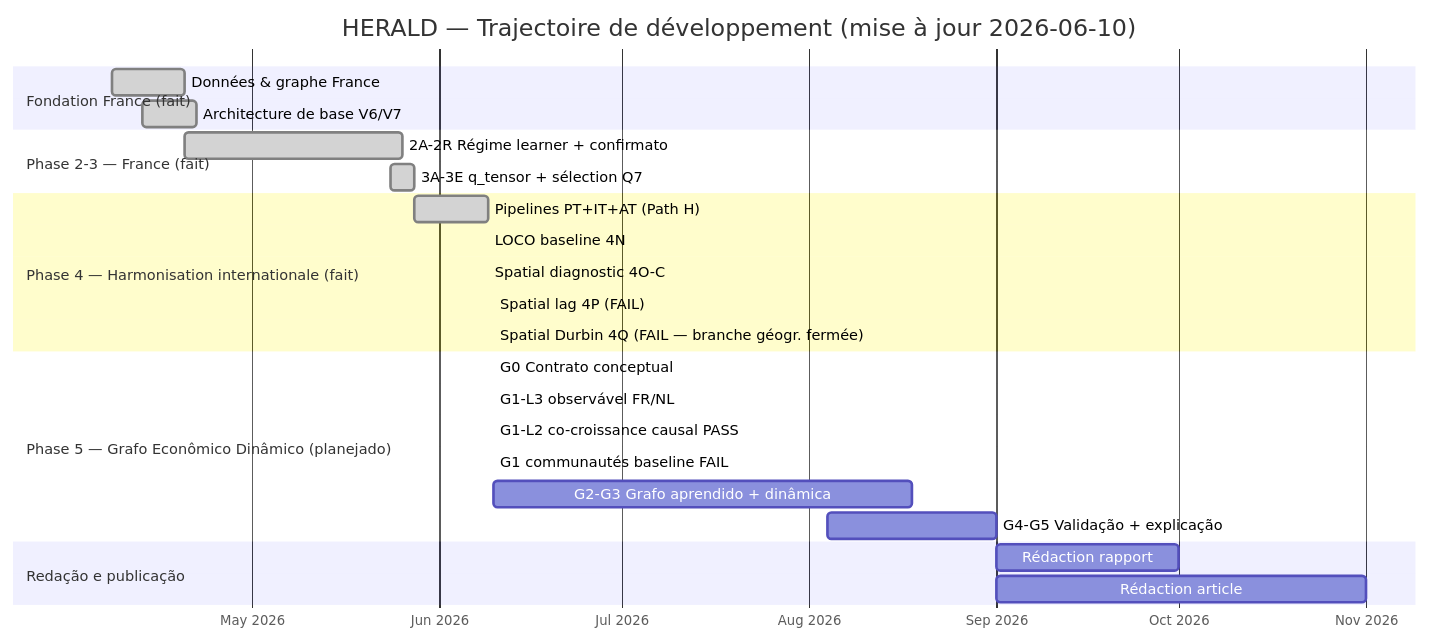
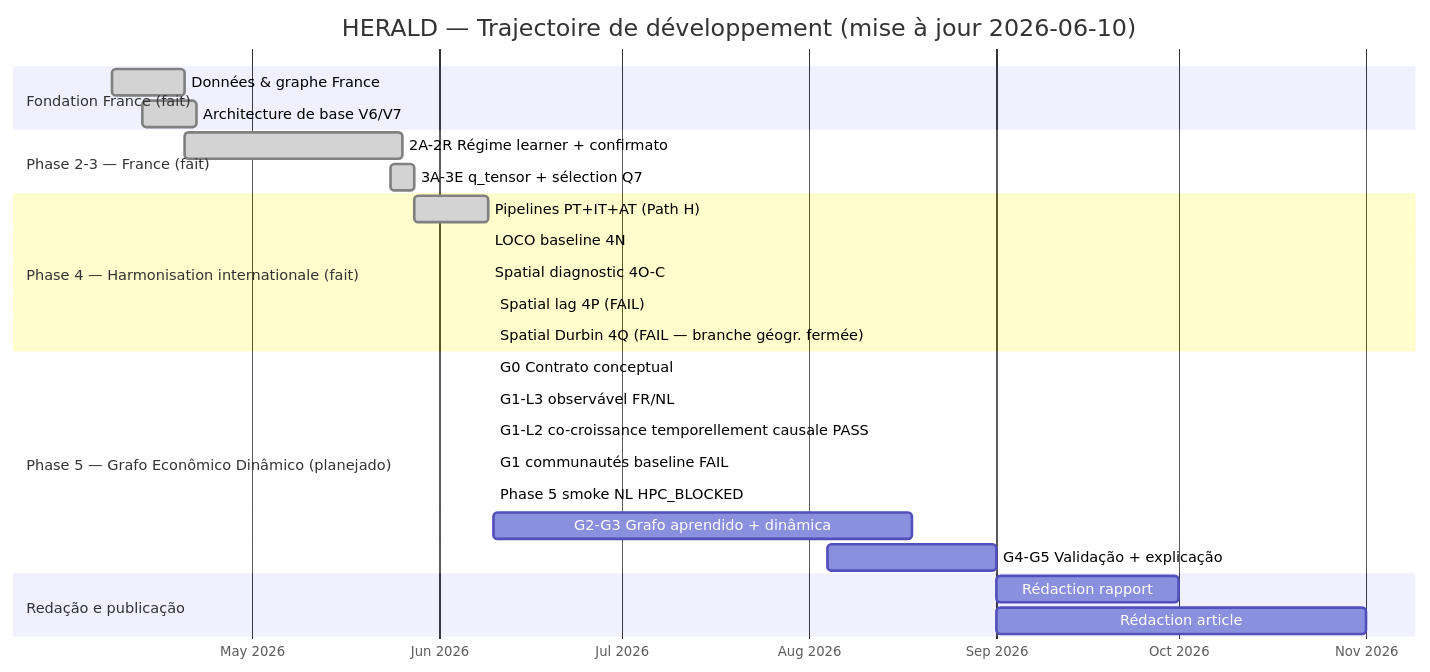
The diagram in README.md (Jpmartinslag/neural-temporal-relational-model), drawn with Mermaid before and after one commit. The commit also changed other lines of this file and 14 other files, not shown here.

First line of the commit message:
phase5: implement local training protocol, smoke test NL → HPC_BLOCKED

````diff
--- a/README.md
+++ b/README.md
@@ -11,33 +11,34 @@
 ```mermaid
 gantt
     title HERALD — Trajectoire de développement (mise à jour 2026-06-10)
     dateFormat  YYYY-MM-DD
     axisFormat  %b %Y
 
     section Fondation France (fait)
     Données & graphe France          :done, found1, 2026-04-08, 2026-04-20
     Architecture de base V6/V7       :done, found2, 2026-04-13, 2026-04-22
 
     section Phase 2-3 — France (fait)
     2A-2R Régime learner + confirmato :done, p2, 2026-04-20, 2026-05-26
     3A-3E q_tensor + sélection Q7     :done, p3, 2026-05-24, 2026-05-28
 
     section Phase 4 — Harmonisation internationale (fait)
     Pipelines PT+IT+AT (Path H)      :done, p4data, 2026-05-28, 2026-06-09
     LOCO baseline 4N                 :done, p4n, 2026-06-09, 2026-06-09
     Spatial diagnostic 4O-C          :done, p4o, 2026-06-09, 2026-06-09
     Spatial lag 4P (FAIL)            :done, p4p, 2026-06-10, 2026-06-10
     Spatial Durbin 4Q (FAIL — branche géogr. fermée) :done, p4q, 2026-06-10, 2026-06-10
 
     section Phase 5 — Grafo Econômico Dinâmico (planejado)
     G0 Contrato conceptual           :done, p5g0, 2026-06-10, 2026-06-10
     G1-L3 observável FR/NL           :done, p5g1a, 2026-06-10, 2026-06-10
-    G1-L2 co-croissance causal PASS  :done, p5g1b, 2026-06-10, 2026-06-10
+    G1-L2 co-croissance temporellement causale PASS  :done, p5g1b, 2026-06-10, 2026-06-10
     G1 communautés baseline FAIL     :done, p5g1c, 2026-06-10, 2026-06-10
+    Phase 5 smoke NL HPC_BLOCKED     :done, p5smoke, 2026-06-10, 2026-06-10
     G2-G3 Grafo aprendido + dinâmica :p5g2, after p5g1b, 2026-08-18
     G4-G5 Validação + explicação     :p5g4, 2026-08-04, 2026-09-01
 
     section Redação e publicação
     Rédaction rapport                :rep, after p5g4, 2026-10-01
     Rédaction article                :paper, after p5g4, 2026-11-01
 ```
````
